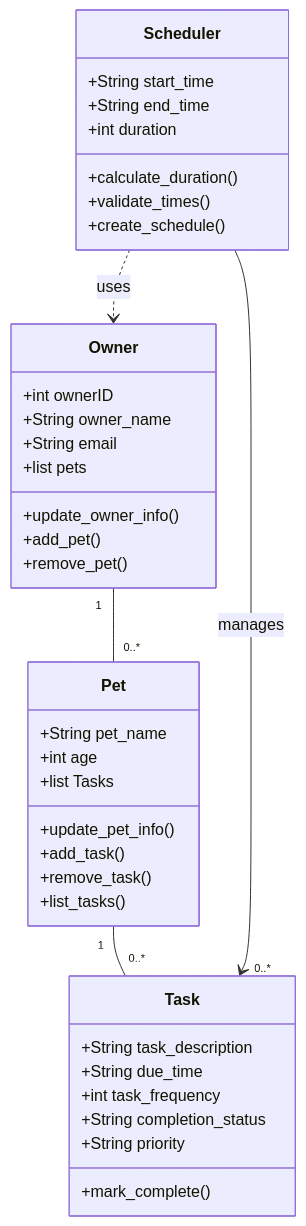
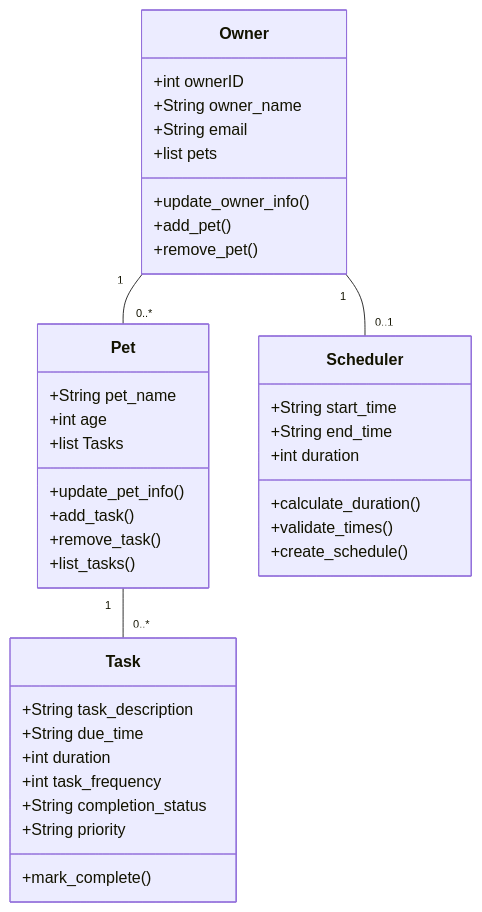
Before and after one commit to shuvashreebasnet/ai110-module2show-pawpal-starter: the diagram in diagrams/uml_draft.mmd, drawn with Mermaid. The commit also changed 5 other files, not shown here.

```diff
--- a/diagrams/uml_draft.mmd
+++ b/diagrams/uml_draft.mmd
@@ -1,44 +1,44 @@
 classDiagram
     class Owner {
         +int ownerID
         +String owner_name
         +String email
         +list pets
         +update_owner_info()
         +add_pet()
         +remove_pet()
 
     }
 
     class Pet {
         +String pet_name
         +int age
         +list Tasks
         +update_pet_info()
         +add_task()
         +remove_task()
         +list_tasks()
     }
 
     class Task {
         +String task_description
         +String due_time
+        +int duration
         +int task_frequency
         +String completion_status
         +String priority
         +mark_complete()
     }
 
     class Scheduler {
         +String start_time
         +String end_time
         +int duration
         +calculate_duration()
         +validate_times()
         +create_schedule()
     }
 
     Owner "1" -- "0..*" Pet
+    Owner "1" -- "0..1" Scheduler
     Pet "1" -- "0..*" Task
-    Scheduler --> "0..*" Task : manages
-    Scheduler ..> Owner : uses
```
